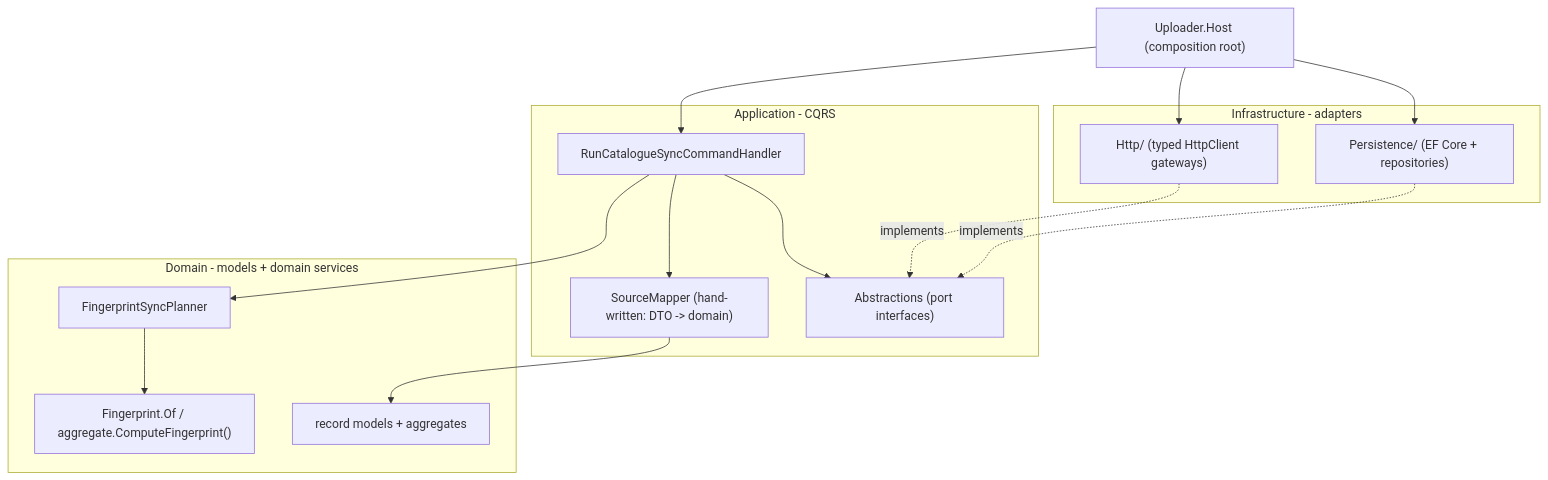
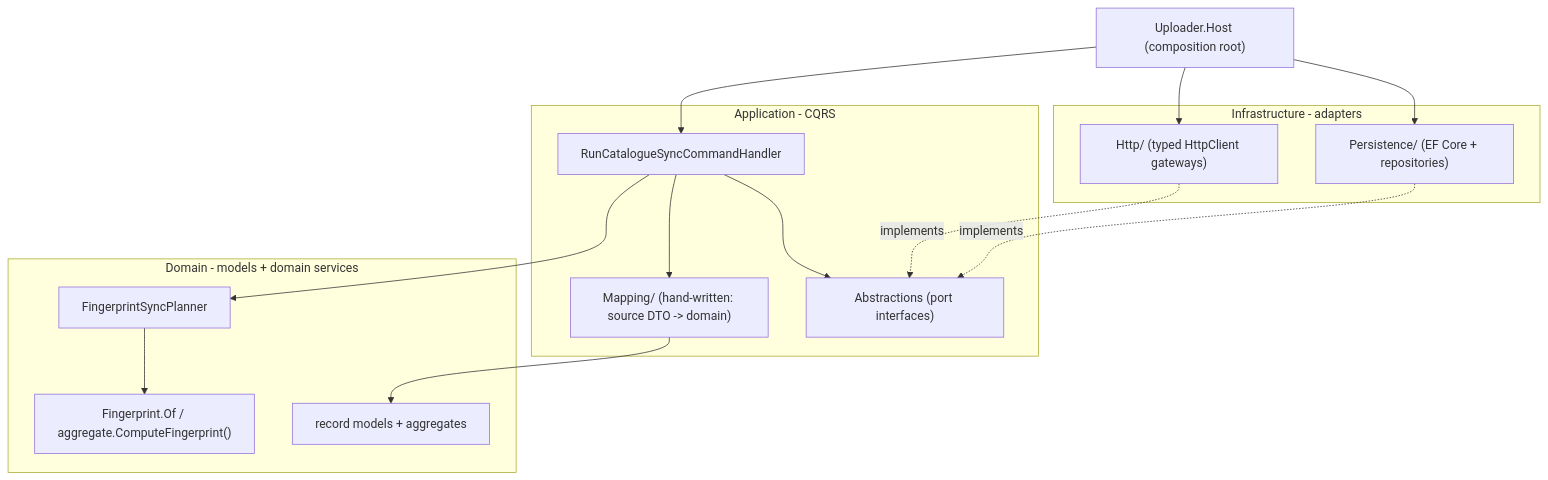
Before and after one commit to BBMRI-cz/data-catalogue-upload: the second of 4 diagrams in ARCHITECTURE.md, drawn with Mermaid. The commit also changed other lines of this file and 5 other files, not shown here.

````diff
--- a/ARCHITECTURE.md
+++ b/ARCHITECTURE.md
@@ -54,32 +54,32 @@
 ```mermaid
 flowchart TD
     Main["Uploader.Host (composition root)"]
 
     subgraph application [Application - CQRS]
         SyncService["RunCatalogueSyncCommandHandler"]
-        Mapper["SourceMapper (hand-written: DTO -> domain)"]
+        Mapper["Mapping/ (hand-written: source DTO -> domain)"]
         Ports["Abstractions (port interfaces)"]
     end
 
     subgraph domain [Domain - models + domain services]
         Models["record models + aggregates"]
         Planner["FingerprintSyncPlanner"]
         Fingerprint["Fingerprint.Of / aggregate.ComputeFingerprint()"]
     end
 
     subgraph infrastructure [Infrastructure - adapters]
         HttpClients["Http/ (typed HttpClient gateways)"]
         Db["Persistence/ (EF Core + repositories)"]
     end
 
     Main --> SyncService
     Main --> HttpClients
     Main --> Db
     SyncService --> Planner
     SyncService --> Mapper
     SyncService --> Ports
     Mapper --> Models
     Planner --> Fingerprint
     HttpClients -.implements.-> Ports
     Db -.implements.-> Ports
 ```
````
